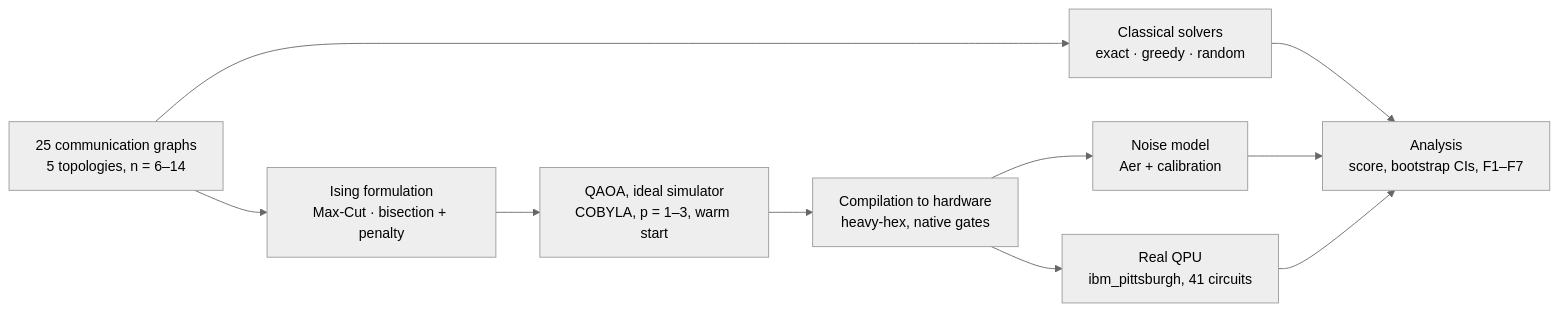
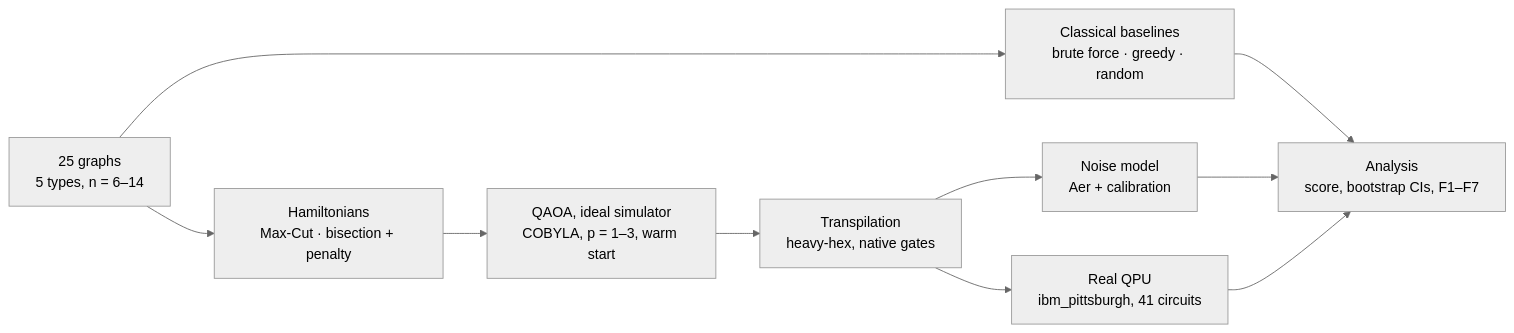
Before and after one commit to ana-maria-ghica/qaoa-process-partitioning: the diagram in README.md, drawn with Mermaid (neutral theme). The commit also changed other lines of this file, not shown here.

````diff
--- a/README.md
+++ b/README.md
@@ -67,12 +51,12 @@
 ```mermaid
 flowchart LR
-    A[25 communication graphs<br>5 topologies, n = 6–14] --> B[Classical solvers<br>exact · greedy · random]
-    A --> C[Ising formulation<br>Max-Cut · bisection + penalty]
+    A[25 graphs<br>5 types, n = 6–14] --> B[Classical baselines<br>brute force · greedy · random]
+    A --> C[Hamiltonians<br>Max-Cut · bisection + penalty]
     C --> D[QAOA, ideal simulator<br>COBYLA, p = 1–3, warm start]
-    D --> E[Compilation to hardware<br>heavy-hex, native gates]
+    D --> E[Transpilation<br>heavy-hex, native gates]
     E --> F[Noise model<br>Aer + calibration]
     E --> G[Real QPU<br>ibm_pittsburgh, 41 circuits]
     B --> H[Analysis<br>score, bootstrap CIs, F1–F7]
     F --> H
     G --> H
 ```
````
